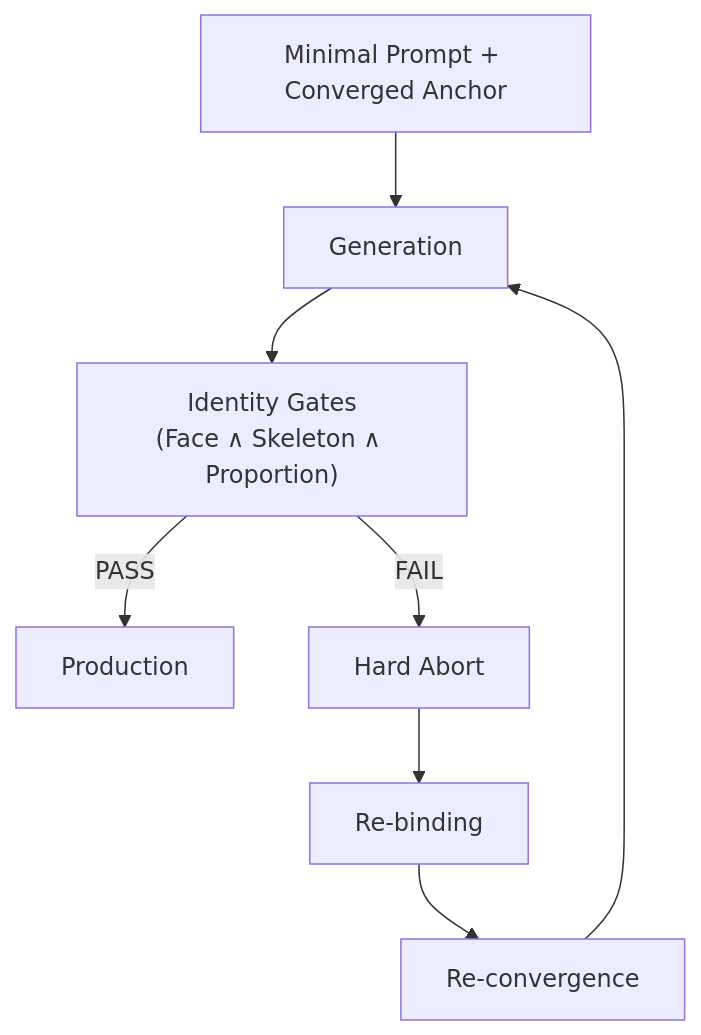
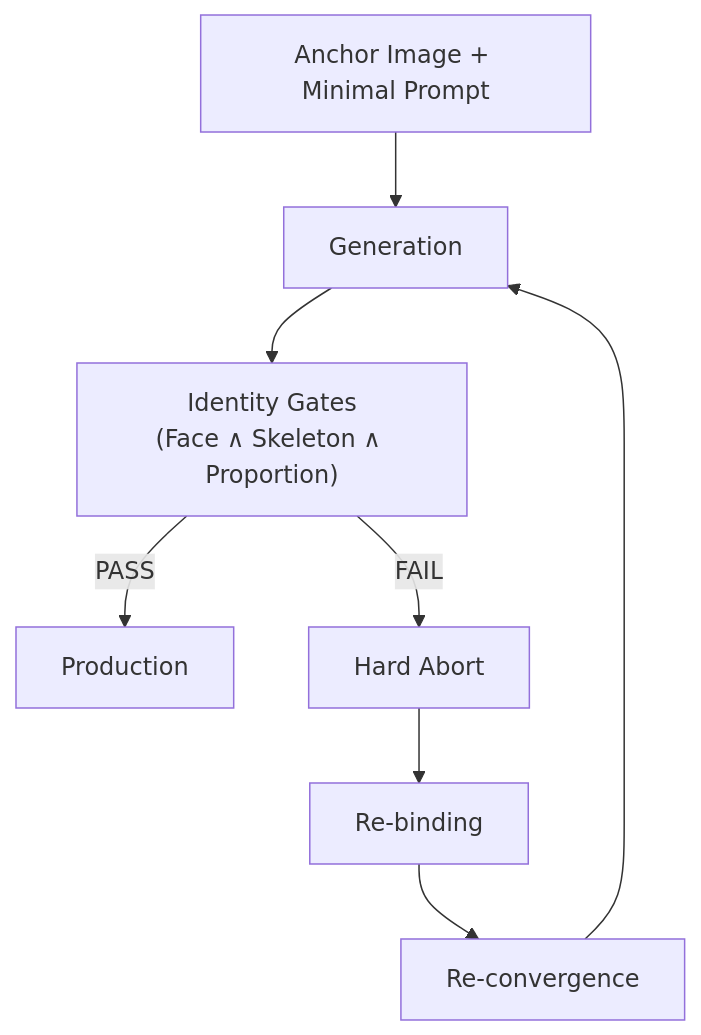
One commit to watadani-byte/character-identity-protocol changed the first of 4 diagrams in README.md. Above: the diagram before and after it, drawn with Mermaid.

Commit message:
README.md を更新

````diff
--- a/README.md
+++ b/README.md
@@ -52,11 +52,11 @@
 ```mermaid
 flowchart TD
-    A[Minimal Prompt + Converged Anchor] --> B[Generation]
+    A[Anchor Image + Minimal Prompt] --> B[Generation]
     B --> C["Identity Gates
 (Face ∧ Skeleton ∧ Proportion)"]
     C -->|PASS| D[Production]
     C -->|FAIL| E[Hard Abort]
     E --> F[Re-binding]
     F --> G[Re-convergence]
     G --> B
 ```
````
